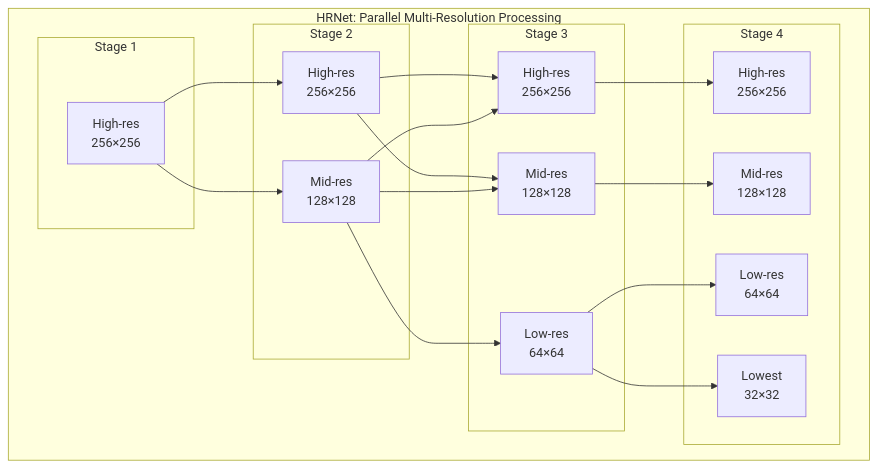
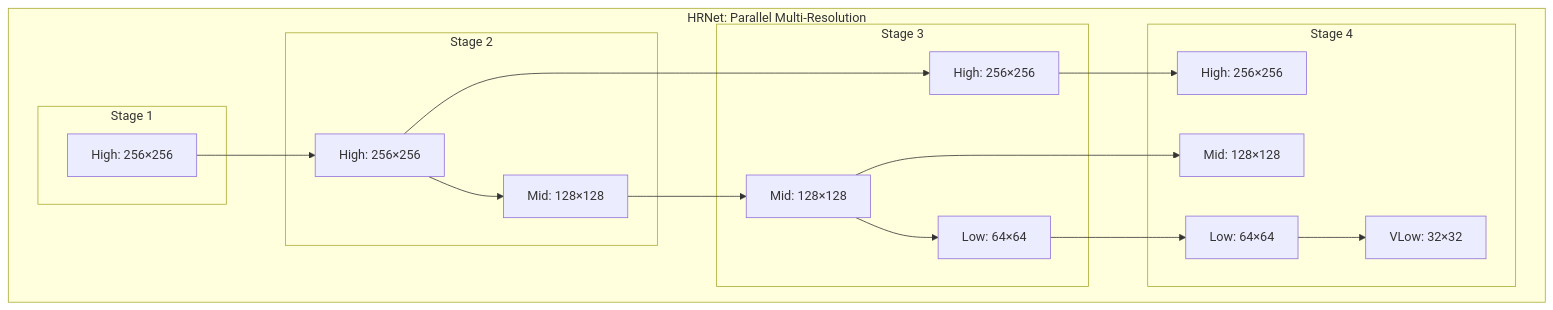
Before and after one commit to rerangst/geobayai_lab: the second of 5 diagrams in research/chuong-06-xview-challenges/muc-02-xview2-building-damage/06-giai-nam.md, drawn with Mermaid. The commit also changed other lines of this file and 18 other files, not shown here.

````diff
--- a/research/chuong-06-xview-challenges/muc-02-xview2-building-damage/06-giai-nam.md
+++ b/research/chuong-06-xview-challenges/muc-02-xview2-building-damage/06-giai-nam.md
@@ -59,42 +44,31 @@
 ```mermaid
 flowchart TB
-    subgraph HRNET["HRNet: Parallel Multi-Resolution Processing"]
-        direction LR
-
+    subgraph HRNET["HRNet: Parallel Multi-Resolution"]
         subgraph S1["Stage 1"]
-            H1["High-res<br/>256×256"]
+            H1["High: 256×256"]
         end
 
         subgraph S2["Stage 2"]
-            H2A["High-res<br/>256×256"]
-            H2B["Mid-res<br/>128×128"]
+            H2["High: 256×256"]
+            M2["Mid: 128×128"]
         end
 
         subgraph S3["Stage 3"]
-            H3A["High-res<br/>256×256"]
-            H3B["Mid-res<br/>128×128"]
-            H3C["Low-res<br/>64×64"]
+            H3["High: 256×256"]
+            M3["Mid: 128×128"]
+            L3["Low: 64×64"]
         end
 
         subgraph S4["Stage 4"]
-            H4A["High-res<br/>256×256"]
-            H4B["Mid-res<br/>128×128"]
-            H4C["Low-res<br/>64×64"]
-            H4D["Lowest<br/>32×32"]
+            H4["High: 256×256"]
+            M4["Mid: 128×128"]
+            L4["Low: 64×64"]
+            VL4["VLow: 32×32"]
         end
+    end
 
-        H1 --> H2A
-        H1 --> H2B
-
-        H2A --> H3A
-        H2A --> H3B
-        H2B --> H3A
-        H2B --> H3B
-        H2B --> H3C
-
-        H3A --> H4A
-        H3B --> H4B
-        H3C --> H4C
-        H3C --> H4D
-    end
+    H1 --> H2 --> H3 --> H4
+    H2 --> M2 --> M3 --> M4
+    M3 --> L3 --> L4
+    L4 --> VL4
 ```
````
